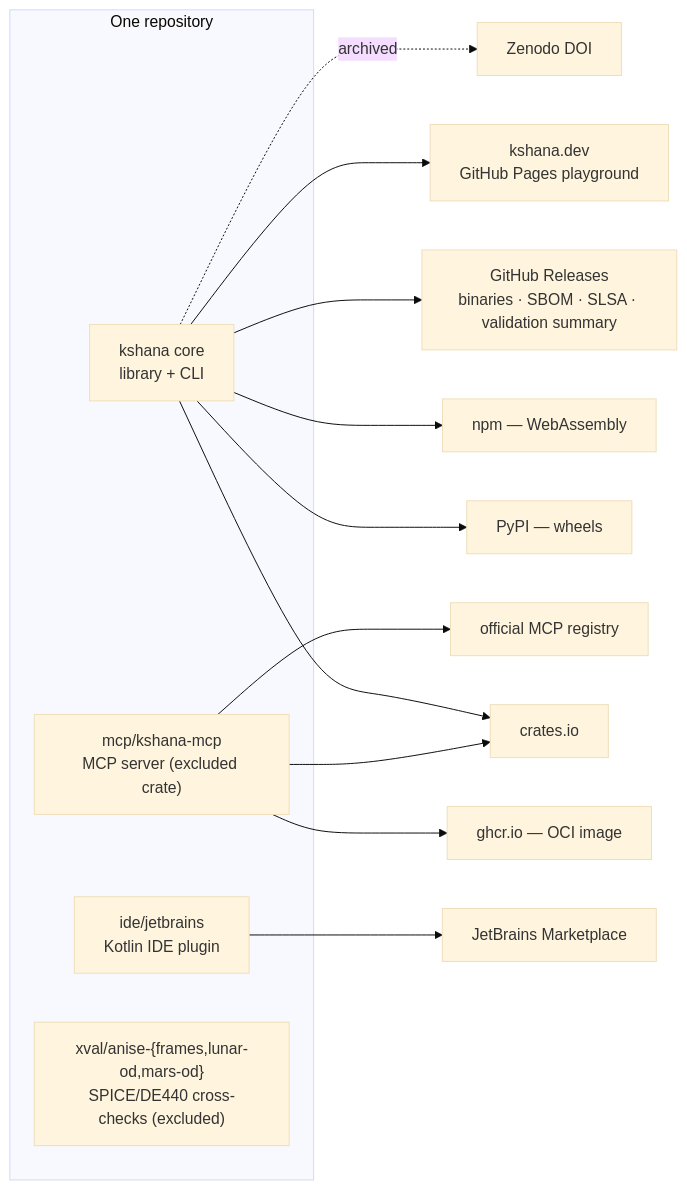
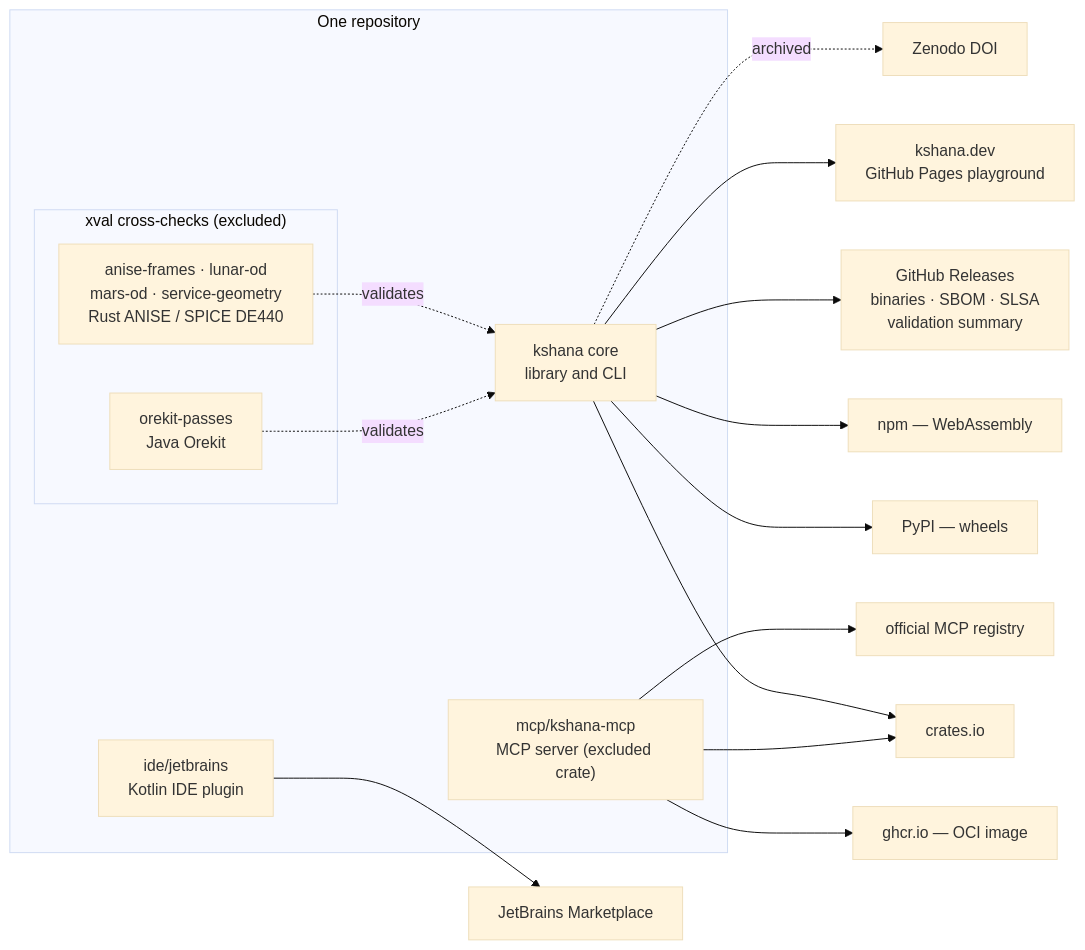
Before and after one commit to ashfordeOU/kshana: the third of 3 diagrams in README.md, drawn with Mermaid (base theme). The commit also changed other lines of this file and 26 other files, not shown here.

First line of the commit message:
docs(readme): proof-first overhaul + architecture diagrams and result figures

````diff
--- a/README.md
+++ b/README.md
@@ -820,19 +869,24 @@
 ```mermaid
 flowchart LR
     subgraph repo["One repository"]
-      core["kshana core<br/>library + CLI"]
+      core["kshana core<br/>library and CLI"]
       mcp["mcp/kshana-mcp<br/>MCP server (excluded crate)"]
       ide["ide/jetbrains<br/>Kotlin IDE plugin"]
-      xval["xval/anise-{frames,lunar-od,mars-od}<br/>SPICE/DE440 cross-checks (excluded)"]
+      subgraph xval["xval cross-checks (excluded)"]
+        anise["anise-frames · lunar-od<br/>mars-od · service-geometry<br/>Rust ANISE / SPICE DE440"]
+        orekit["orekit-passes<br/>Java Orekit"]
+      end
     end
     core --> crates["crates.io"]
     core --> pypi["PyPI — wheels"]
     core --> npm["npm — WebAssembly"]
-    core --> rel["GitHub Releases<br/>binaries · SBOM · SLSA · validation summary"]
+    core --> rel["GitHub Releases<br/>binaries · SBOM · SLSA<br/>validation summary"]
     core --> pages["kshana.dev<br/>GitHub Pages playground"]
     core -. archived .-> zen["Zenodo DOI"]
     mcp --> crates
     mcp --> ghcr["ghcr.io — OCI image"]
     mcp --> reg["official MCP registry"]
     ide --> jb["JetBrains Marketplace"]
+    anise -. validates .-> core
+    orekit -. validates .-> core
 ```
````
